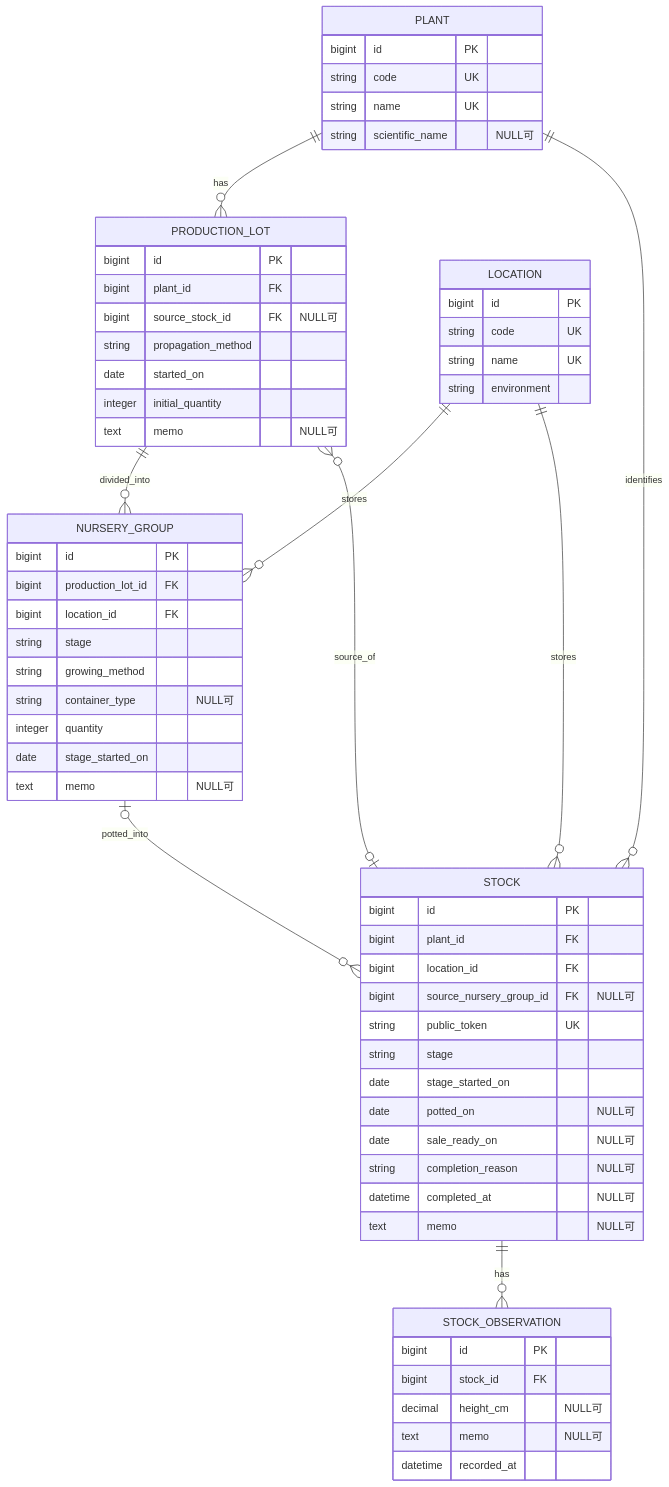
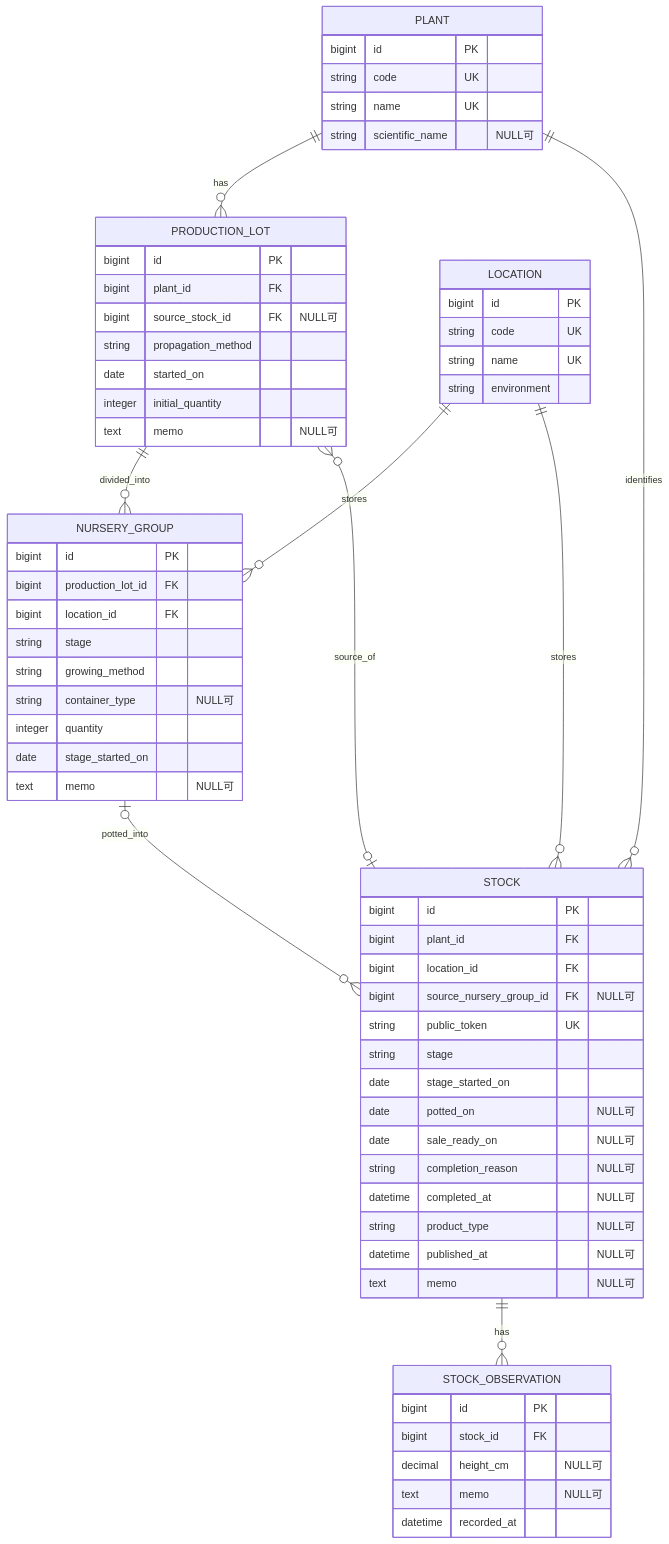
The diagram in doc/er.md (kawauso29/basil-manager), drawn with Mermaid before and after one commit. The commit also changed 3 other files, not shown here.

````diff
--- a/doc/er.md
+++ b/doc/er.md
@@ -24,70 +24,72 @@
 ```mermaid
 erDiagram
     PLANT ||--o{ PRODUCTION_LOT : has
     PLANT ||--o{ STOCK : identifies
     STOCK o|--o{ PRODUCTION_LOT : source_of
     PRODUCTION_LOT ||--o{ NURSERY_GROUP : divided_into
     NURSERY_GROUP o|--o{ STOCK : potted_into
     LOCATION ||--o{ NURSERY_GROUP : stores
     LOCATION ||--o{ STOCK : stores
     STOCK ||--o{ STOCK_OBSERVATION : has
 
     PLANT {
         bigint id PK
         string code UK
         string name UK
         string scientific_name "NULL可"
     }
 
     PRODUCTION_LOT {
         bigint id PK
         bigint plant_id FK
         bigint source_stock_id FK "NULL可"
         string propagation_method
         date started_on
         integer initial_quantity
         text memo "NULL可"
     }
 
     NURSERY_GROUP {
         bigint id PK
         bigint production_lot_id FK
         bigint location_id FK
         string stage
         string growing_method
         string container_type "NULL可"
         integer quantity
         date stage_started_on
         text memo "NULL可"
     }
 
     STOCK {
         bigint id PK
         bigint plant_id FK
         bigint location_id FK
         bigint source_nursery_group_id FK "NULL可"
         string public_token UK
         string stage
         date stage_started_on
         date potted_on "NULL可"
         date sale_ready_on "NULL可"
         string completion_reason "NULL可"
         datetime completed_at "NULL可"
+        string product_type "NULL可"
+        datetime published_at "NULL可"
         text memo "NULL可"
     }
 
     LOCATION {
         bigint id PK
         string code UK
         string name UK
         string environment
     }
 
     STOCK_OBSERVATION {
         bigint id PK
         bigint stock_id FK
         decimal height_cm "NULL可"
         text memo "NULL可"
         datetime recorded_at
     }
 ```
````
